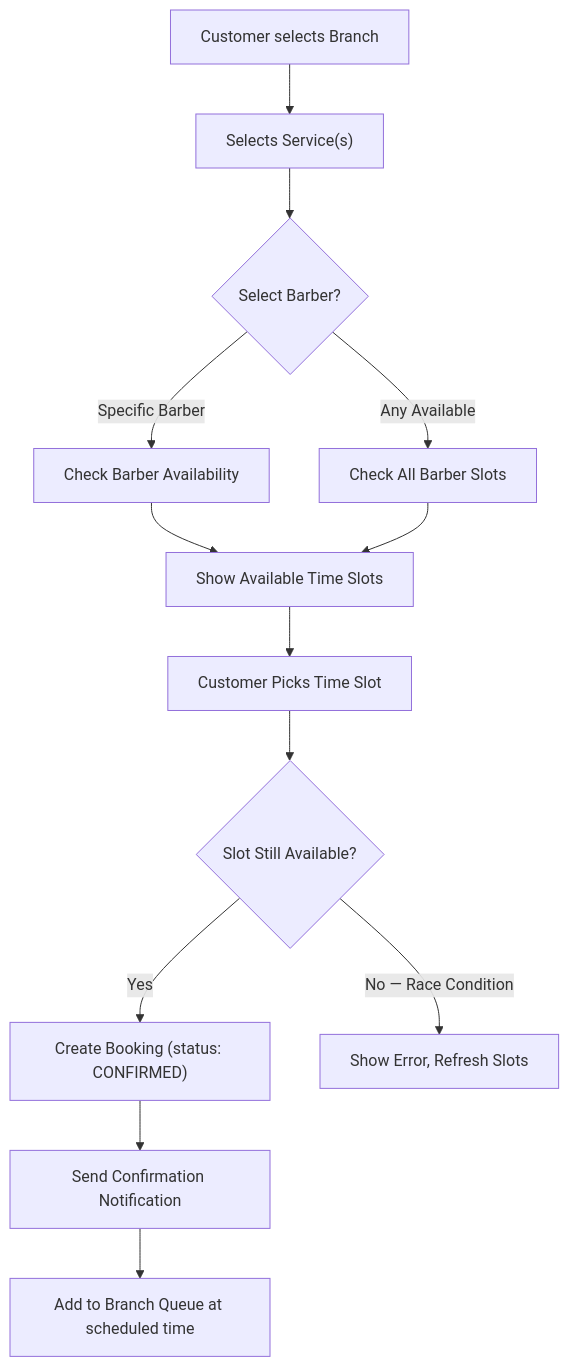
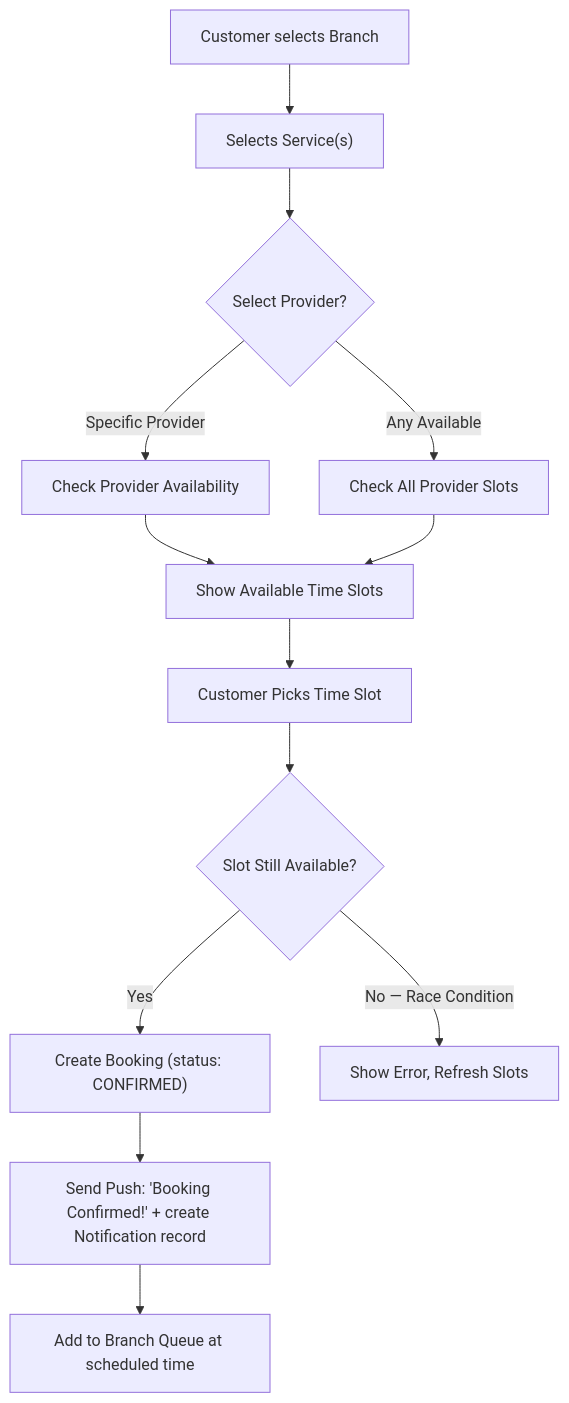
The first of 8 diagrams in docs/business_logic.md (fitzfitz/bs-project), drawn with Mermaid before and after one commit. The commit also changed other lines of this file and 628 other files, not shown here.

````diff
--- a/docs/business_logic.md
+++ b/docs/business_logic.md
@@ -13,15 +15,15 @@
 ```mermaid
 flowchart TD
     A["Customer selects Branch"] --> B["Selects Service(s)"]
-    B --> C{"Select Barber?"}
-    C -->|Specific Barber| D["Check Barber Availability"]
-    C -->|Any Available| E["Check All Barber Slots"]
+    B --> C{"Select Provider?"}
+    C -->|Specific Provider| D["Check Provider Availability"]
+    C -->|Any Available| E["Check All Provider Slots"]
     D --> F["Show Available Time Slots"]
     E --> F
     F --> G["Customer Picks Time Slot"]
     G --> H{"Slot Still Available?"}
     H -->|Yes| I["Create Booking (status: CONFIRMED)"]
     H -->|No — Race Condition| J["Show Error, Refresh Slots"]
-    I --> K["Send Confirmation Notification"]
+    I --> K["Send Push: 'Booking Confirmed!' + create Notification record"]
     K --> L["Add to Branch Queue at scheduled time"]
 ```
````
